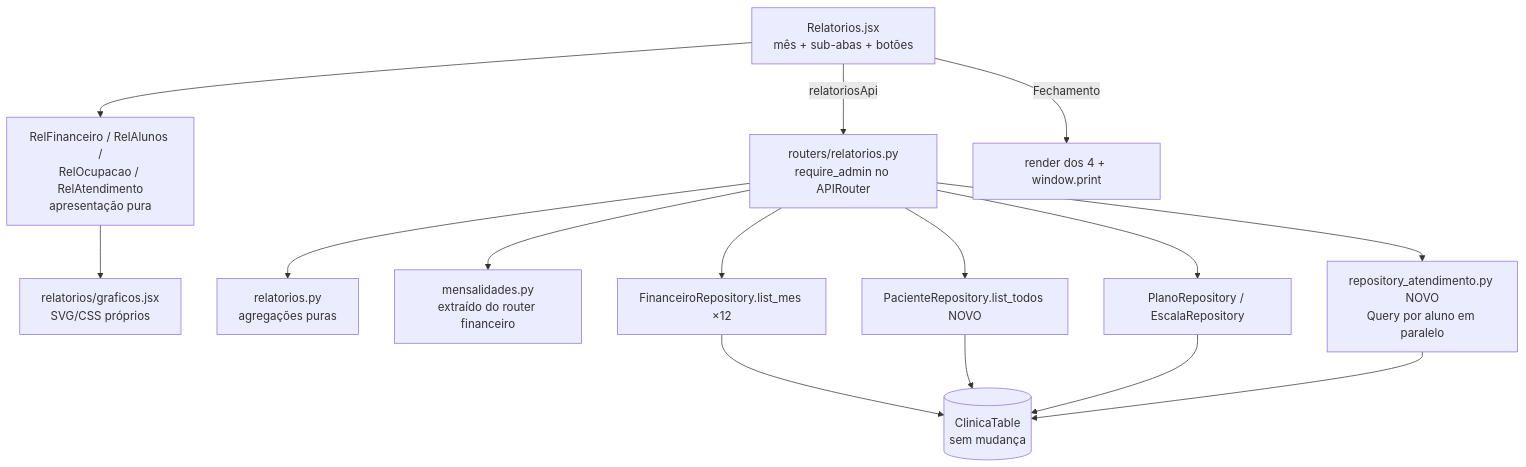
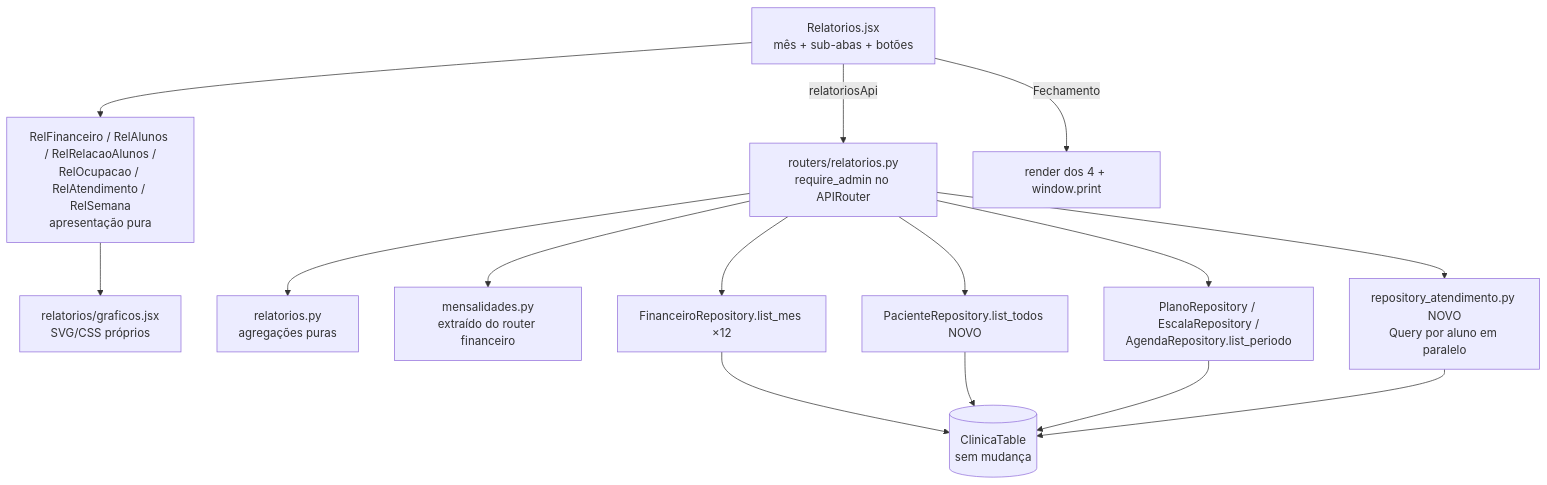
One commit to marcelocasseb/ProjetoClinicaPilates changed the diagram in .specs/features/relatorios/design.md. Above: the diagram before and after it, drawn with Mermaid. The commit also changed other lines of this file and 4 other files, not shown here.

Commit message:
docs(relatorios): inclui Agenda no Atendimento, extrato, relacao de alunos e semana

````diff
--- a/.specs/features/relatorios/design.md
+++ b/.specs/features/relatorios/design.md
@@ -19,14 +19,14 @@
 ```mermaid
 graph TD
     UI[Relatorios.jsx<br/>mês + sub-abas + botões] -->|relatoriosApi| API[routers/relatorios.py<br/>require_admin no APIRouter]
-    UI --> P1[RelFinanceiro / RelAlunos /<br/>RelOcupacao / RelAtendimento<br/>apresentação pura]
+    UI --> P1[RelFinanceiro / RelAlunos / RelRelacaoAlunos /<br/>RelOcupacao / RelAtendimento / RelSemana<br/>apresentação pura]
     P1 --> G[relatorios/graficos.jsx<br/>SVG/CSS próprios]
     UI -->|Fechamento| F[render dos 4 + window.print]
     API --> AGG[relatorios.py<br/>agregações puras]
     API --> MEN[mensalidades.py<br/>extraído do router financeiro]
     API --> R1[FinanceiroRepository.list_mes ×12]
     API --> R2[PacienteRepository.list_todos NOVO]
-    API --> R3[PlanoRepository / EscalaRepository]
+    API --> R3[PlanoRepository / EscalaRepository /<br/>AgendaRepository.list_periodo]
     API --> R4[repository_atendimento.py NOVO<br/>Query por aluno em paralelo]
     R1 & R2 & R3 & R4 --> DDB[(ClinicaTable<br/>sem mudança)]
 ```
````
